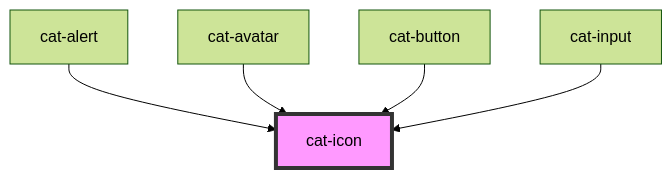
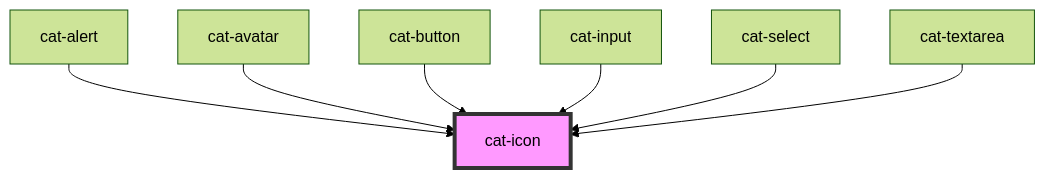
Before and after one commit to haiilo/catalyst: the diagram in core/src/components/cat-icon/readme.md, drawn with Mermaid (forest theme). The commit also changed other lines of this file and 22 other files, not shown here.

Commit message:
feat(core): add fine-grained error control to textarea and select

````diff
--- a/core/src/components/cat-icon/readme.md
+++ b/core/src/components/cat-icon/readme.md
@@ -40,8 +42,10 @@
 ```mermaid
 graph TD;
   cat-alert --> cat-icon
   cat-avatar --> cat-icon
   cat-button --> cat-icon
   cat-input --> cat-icon
+  cat-select --> cat-icon
+  cat-textarea --> cat-icon
   style cat-icon fill:#f9f,stroke:#333,stroke-width:4px
 ```
````
